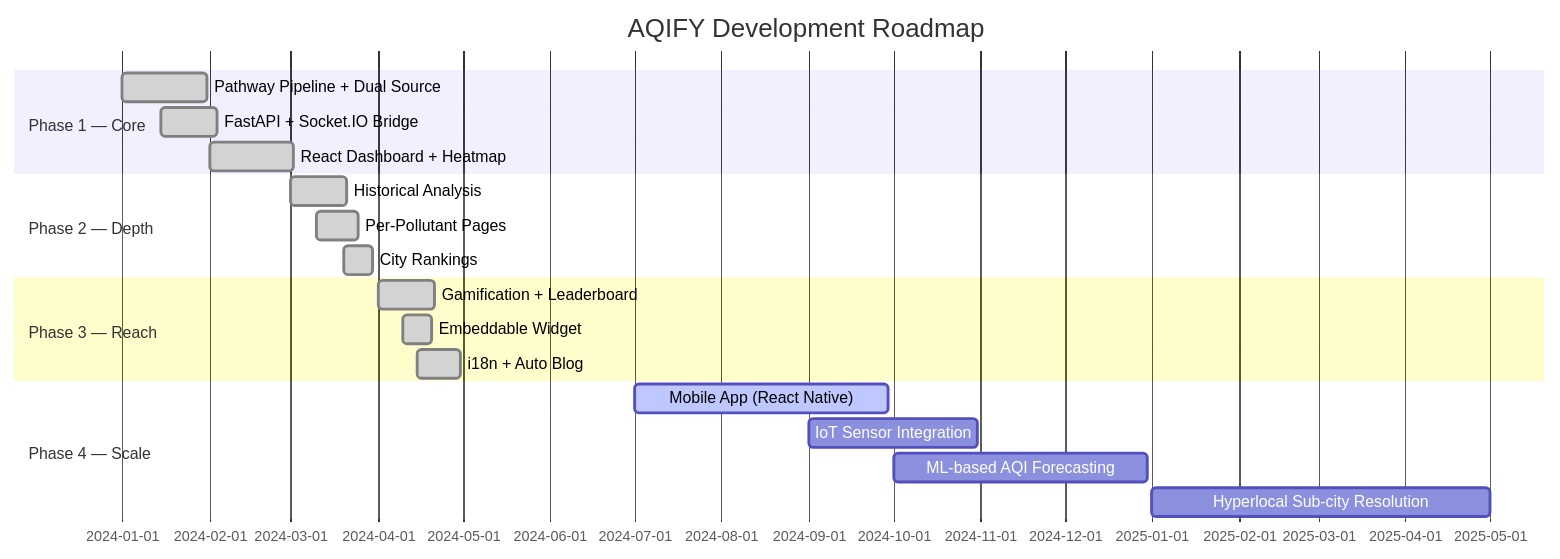
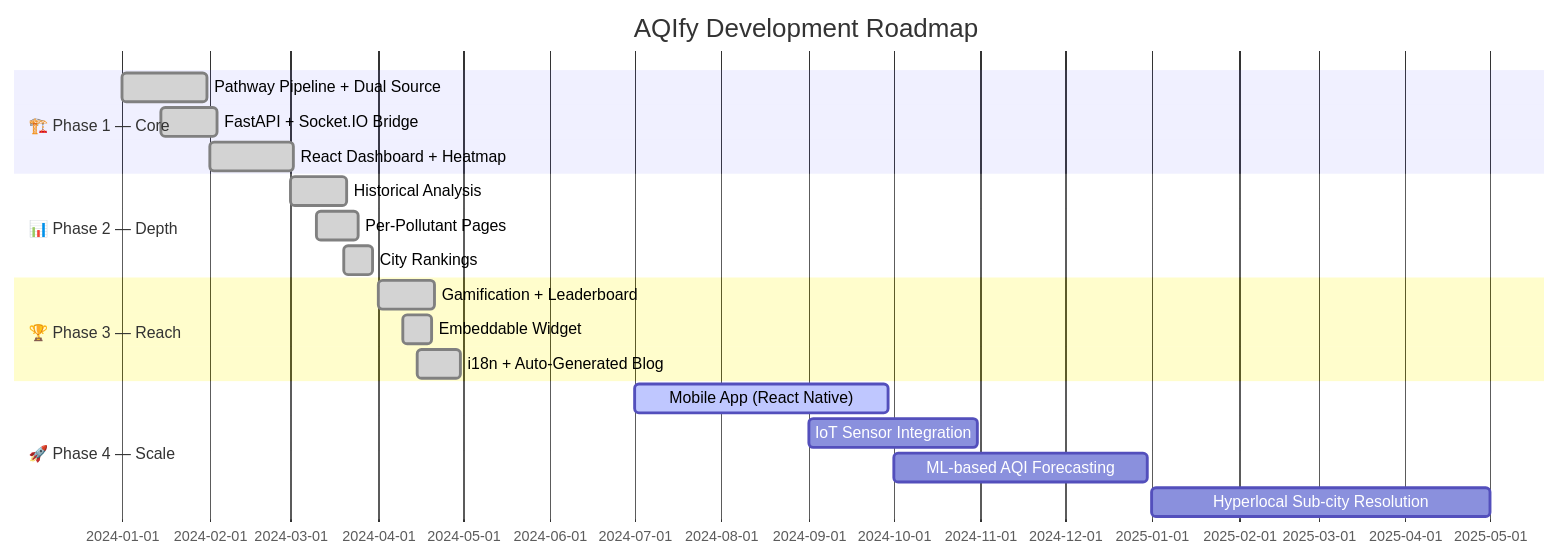
Before and after one commit to shreyanshsharma-1210/AQI-Monitoring-System: the tenth of 10 diagrams in README.md, drawn with Mermaid. The commit also changed other lines of this file, not shown here.

````diff
--- a/README.md
+++ b/README.md
@@ -886,22 +1225,25 @@
 ```mermaid
 gantt
-    title AQIFY Development Roadmap
+    title AQIfy Development Roadmap
     dateFormat  YYYY-MM-DD
-    section Phase 1 — Core
-    Pathway Pipeline + Dual Source     :done, 2024-01-01, 30d
-    FastAPI + Socket.IO Bridge         :done, 2024-01-15, 20d
-    React Dashboard + Heatmap          :done, 2024-02-01, 30d
-    section Phase 2 — Depth
-    Historical Analysis                :done, 2024-03-01, 20d
-    Per-Pollutant Pages                :done, 2024-03-10, 15d
-    City Rankings                      :done, 2024-03-20, 10d
-    section Phase 3 — Reach
-    Gamification + Leaderboard         :done, 2024-04-01, 20d
-    Embeddable Widget                  :done, 2024-04-10, 10d
-    i18n + Auto Blog                   :done, 2024-04-15, 15d
-    section Phase 4 — Scale
-    Mobile App (React Native)          :active, 2024-07-01, 90d
-    IoT Sensor Integration             :2024-09-01, 60d
-    ML-based AQI Forecasting           :2024-10-01, 90d
-    Hyperlocal Sub-city Resolution     :2025-01-01, 120d
+    section 🏗️ Phase 1 — Core
+    Pathway Pipeline + Dual Source         :done,   p1a, 2024-01-01, 30d
+    FastAPI + Socket.IO Bridge             :done,   p1b, 2024-01-15, 20d
+    React Dashboard + Heatmap              :done,   p1c, 2024-02-01, 30d
+
+    section 📊 Phase 2 — Depth
+    Historical Analysis                    :done,   p2a, 2024-03-01, 20d
+    Per-Pollutant Pages                    :done,   p2b, 2024-03-10, 15d
+    City Rankings                          :done,   p2c, 2024-03-20, 10d
+
+    section 🏆 Phase 3 — Reach
+    Gamification + Leaderboard             :done,   p3a, 2024-04-01, 20d
+    Embeddable Widget                      :done,   p3b, 2024-04-10, 10d
+    i18n + Auto-Generated Blog             :done,   p3c, 2024-04-15, 15d
+
+    section 🚀 Phase 4 — Scale
+    Mobile App (React Native)              :active, p4a, 2024-07-01, 90d
+    IoT Sensor Integration                 :        p4b, 2024-09-01, 60d
+    ML-based AQI Forecasting               :        p4c, 2024-10-01, 90d
+    Hyperlocal Sub-city Resolution         :        p4d, 2025-01-01, 120d
 ```
````
